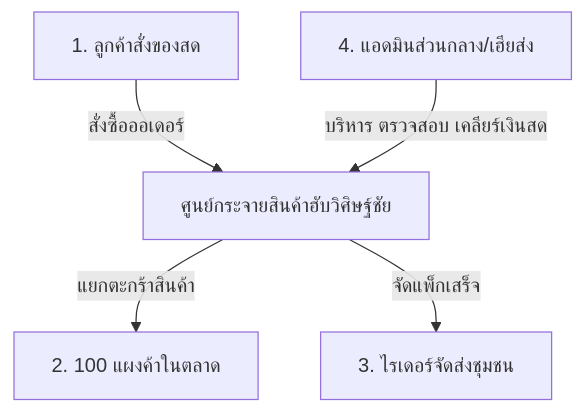
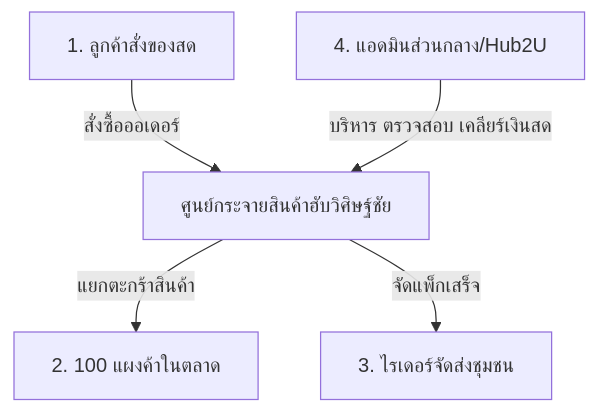
The diagram in WALKTHROUGH_MANUAL.md (pisaen666/hsong), drawn with Mermaid before and after one commit. The commit also changed other lines of this file and 11 other files, not shown here.

````diff
--- a/WALKTHROUGH_MANUAL.md
+++ b/WALKTHROUGH_MANUAL.md
@@ -29,8 +29,8 @@
 ```mermaid
 graph TD
     MarketHub[ศูนย์กระจายสินค้าฮับวิศิษฐ์ชัย]
     Customer[1. ลูกค้าสั่งของสด] -->|สั่งซื้อออเดอร์| MarketHub
     MarketHub -->|แยกตะกร้าสินค้า| Merchant[2. 100 แผงค้าในตลาด]
     MarketHub -->|จัดแพ็กเสร็จ| Rider[3. ไรเดอร์จัดส่งชุมชน]
-    Admin[4. แอดมินส่วนกลาง/เฮียส่ง] -->|บริหาร ตรวจสอบ เคลียร์เงินสด| MarketHub
+    Admin[4. แอดมินส่วนกลาง/Hub2U] -->|บริหาร ตรวจสอบ เคลียร์เงินสด| MarketHub
 ```
````
